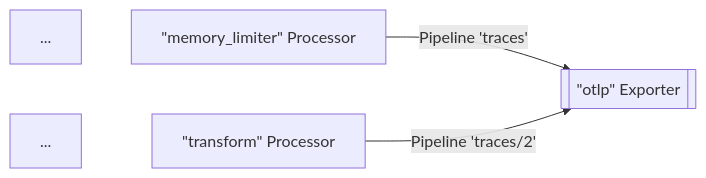
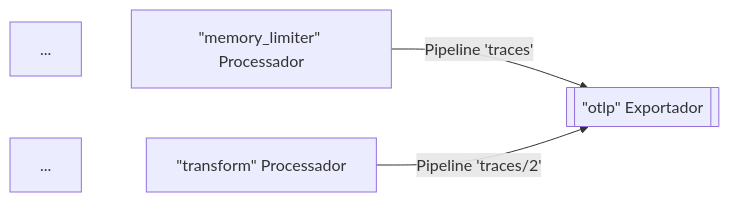
The third of 7 diagrams in content/pt/docs/collector/architecture.md (open-telemetry/opentelemetry.io), drawn with Mermaid before and after one commit. The commit also changed other lines of this file, not shown here.

Commit message:
docs(pt): localize Collector architecture

````diff
--- a/content/pt/docs/collector/architecture.md
+++ b/content/pt/docs/collector/architecture.md
@@ -192,7 +193,7 @@
 ```mermaid
 flowchart LR
-  M1[...] ~~~ P1["`#quot;memory_limiter#quot; Processor`"]
-  M2[...] ~~~ P2["`#quot;transform#quot; Processor`"]
-  P1 -->|Pipeline 'traces'|E1[["`#quot;otlp#quot; Exporter`"]]
+  M1[...] ~~~ P1["`#quot;memory_limiter#quot; Processador`"]
+  M2[...] ~~~ P2["`#quot;transform#quot; Processador`"]
+  P1 -->|Pipeline 'traces'|E1[["`#quot;otlp#quot; Exportador`"]]
   P2 -->|Pipeline 'traces/2'|E1
 ```
````
